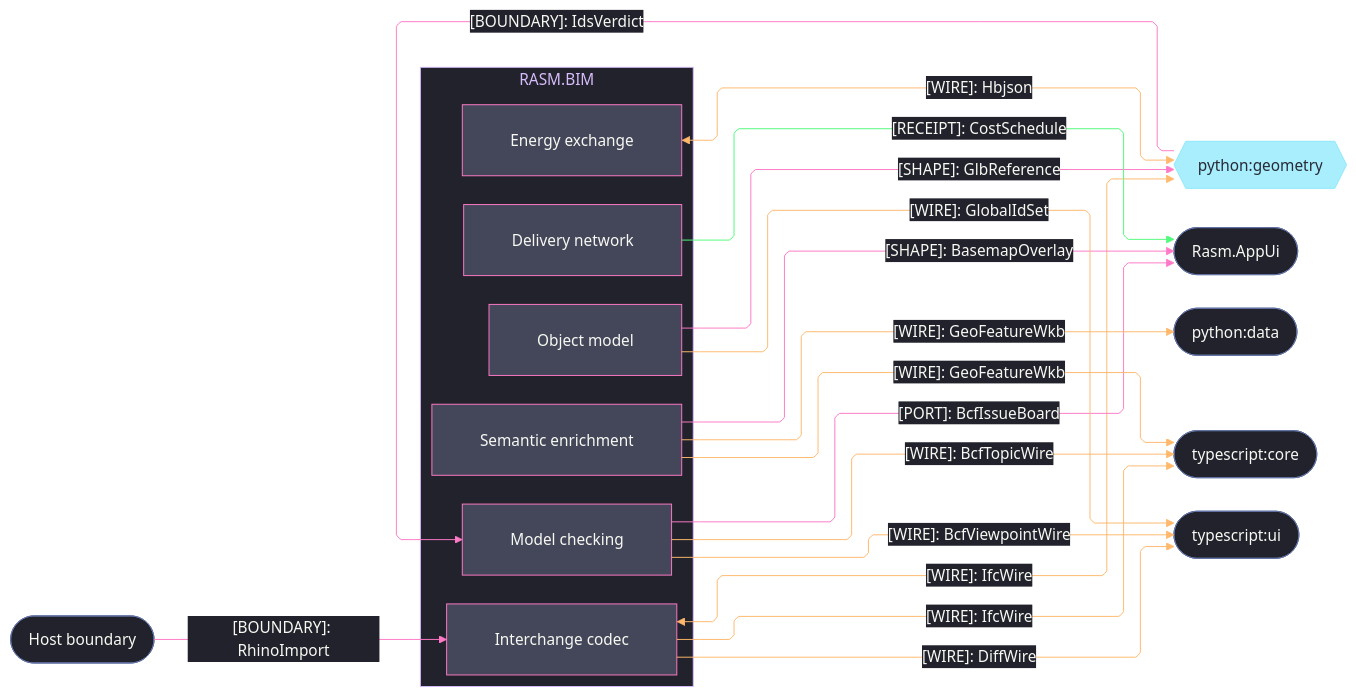
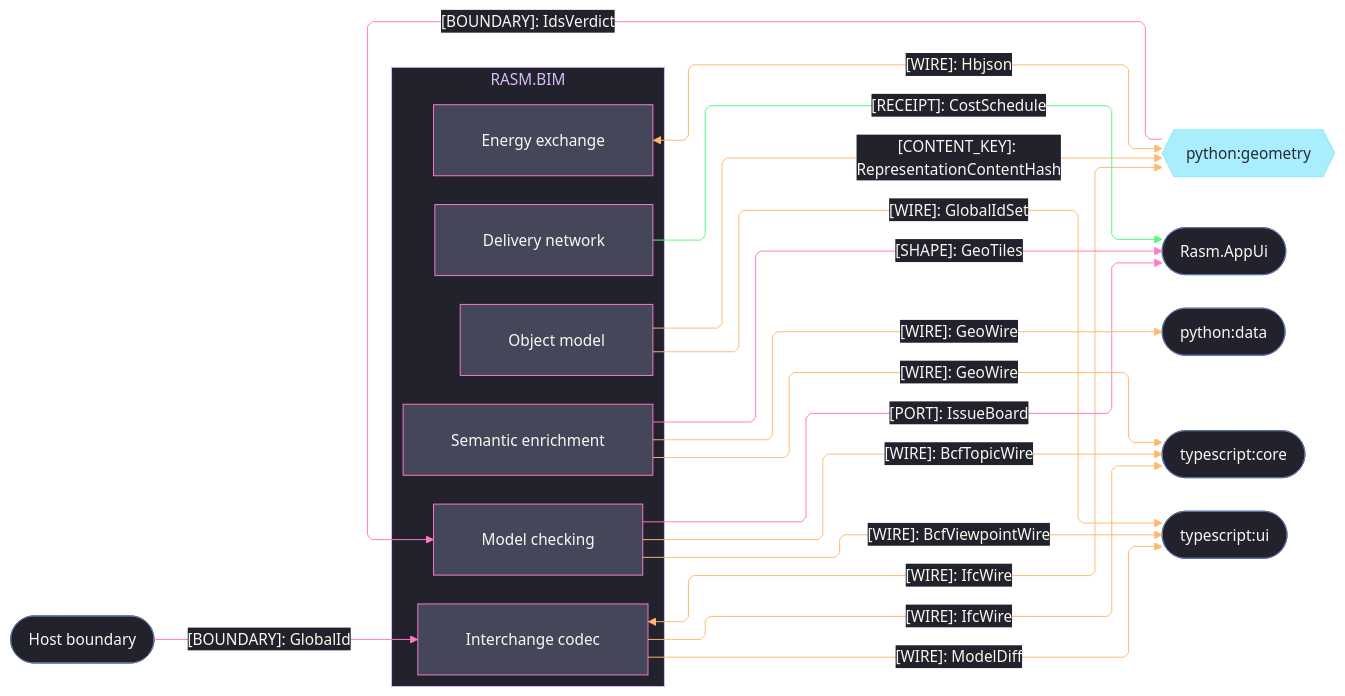
Before and after one commit to bsamiee/Rasm: the third of 3 diagrams in libs/csharp/Rasm.Bim/ARCHITECTURE.md, drawn with Mermaid. The commit also changed other lines of this file and 24 other files, not shown here.

Commit message:
architecture: seam registries + codemaps aligned across the estate (worker fabric edges, scene rows, csharp/ts seam mirrors)

````diff
--- a/libs/csharp/Rasm.Bim/ARCHITECTURE.md
+++ b/libs/csharp/Rasm.Bim/ARCHITECTURE.md
@@ -136,72 +217,72 @@
 ```mermaid
 ---
 config:
   theme: base
   look: classic
   layout: elk
   flowchart:
     curve: linear
     padding: 25
   themeVariables:
     darkMode: true
     fontFamily: "SF Mono, Menlo, Cascadia Mono, Segoe UI Mono, Consolas, monospace"
     useGradient: false
     dropShadow: "none"
     background: "#282A36"
     primaryColor: "#44475A"
     primaryTextColor: "#F8F8F2"
     primaryBorderColor: "#BD93F9"
     lineColor: "#FF79C6"
     textColor: "#F8F8F2"
     clusterBkg: "#21222C"
     clusterBorder: "#D6BCFA"
     edgeLabelBackground: "#21222C"
     labelBackgroundColor: "#21222C"
     titleColor: "#D6BCFA"
   themeCSS: ".nodeLabel{font-size:13px;font-weight:500}.edgeLabel{font-size:12px;font-weight:500}.cluster-label .nodeLabel{font-size:13.5px;font-weight:700;letter-spacing:.08em}.edge-thickness-normal{stroke-width:2px}.edge-thickness-thick{stroke-width:3px}.edge-pattern-dashed,.edge-pattern-dotted{stroke-width:1.5px;stroke-dasharray:4 6}.node rect,.node circle,.node polygon,.node path,.node .outer-path{stroke-width:1.5px;filter:none!important}.cluster rect{stroke-width:1px!important;stroke-dasharray:5 4!important;filter:none!important}.marker path{transform:scale(.8);transform-origin:5px 5px}.marker circle{transform:scale(.48);transform-origin:5px 5px}.edgeLabel rect{transform-box:fill-box;transform-origin:center;transform:scale(1.1,1.2)}"
 ---
 flowchart LR
     accTitle: Bim cross-runtime, presentation, and host seams
     accDescr: Bim sub-domain owners exchanging wires, receipts, and boundaries with the Python geometry and data runtimes, the TypeScript peers, the app shell, and the host boundary, edge rails colored by kind and nodes classed by seam direction.
     subgraph bim[RASM.BIM]
         Model[Object model]
         Semantics[Semantic enrichment]
         Exchange[Interchange codec]
         Review[Model checking]
         Energy[Energy exchange]
         Planning[Delivery network]
     end
     Geometry{{python:geometry}}
     AppUi([Rasm.AppUi])
     Host([Host boundary])
     Data([python:data])
     Core([typescript:core])
     Ui([typescript:ui])
     Exchange e1@<-->|"[WIRE]: IfcWire"| Geometry
-    Model e2@-->|"[SHAPE]: GlbReference"| Geometry
+    Model e2@-->|"[CONTENT_KEY]: RepresentationContentHash"| Geometry
     Geometry e3@-->|"[BOUNDARY]: IdsVerdict"| Review
     Energy e4@<-->|"[WIRE]: Hbjson"| Geometry
-    Semantics e5@-->|"[SHAPE]: BasemapOverlay"| AppUi
+    Semantics e5@-->|"[SHAPE]: GeoTiles"| AppUi
     Planning e6@-->|"[RECEIPT]: CostSchedule"| AppUi
-    Review e7@-->|"[PORT]: BcfIssueBoard"| AppUi
-    Host e8@-->|"[BOUNDARY]: RhinoImport"| Exchange
-    Semantics e9@-->|"[WIRE]: GeoFeatureWkb"| Data
+    Review e7@-->|"[PORT]: IssueBoard"| AppUi
+    Host e8@-->|"[BOUNDARY]: GlobalId"| Exchange
+    Semantics e9@-->|"[WIRE]: GeoWire"| Data
     Review e10@-->|"[WIRE]: BcfTopicWire"| Core
     Exchange e11@-->|"[WIRE]: IfcWire"| Core
-    Semantics e12@-->|"[WIRE]: GeoFeatureWkb"| Core
+    Semantics e12@-->|"[WIRE]: GeoWire"| Core
     Review e13@-->|"[WIRE]: BcfViewpointWire"| Ui
     Model e14@-->|"[WIRE]: GlobalIdSet"| Ui
-    Exchange e15@-->|"[WIRE]: DiffWire"| Ui
+    Exchange e15@-->|"[WIRE]: ModelDiff"| Ui
     classDef primary fill:#44475A,stroke:#FF79C6,color:#F8F8F2
     classDef external fill:#8BE9FDBF,stroke:#8BE9FD,color:#282A36
     classDef annotation fill:#21222C,stroke:#6272A4,color:#F8F8F2
     classDef edgeData stroke:#FFB86C,color:#F8F8F2
     classDef edgeSuccess stroke:#50FA7B,color:#F8F8F2
     classDef edgeControl stroke:#FF79C6,color:#F8F8F2
     class Model,Semantics,Exchange,Review,Energy,Planning primary
     class Geometry external
     class AppUi,Host,Data,Core,Ui annotation
-    class e1,e4,e9,e10,e11,e12,e13,e14,e15 edgeData
-    class e2,e3,e5,e7,e8 edgeControl
+    class e1,e2,e4,e9,e10,e11,e12,e13,e14,e15 edgeData
+    class e3,e5,e7,e8 edgeControl
     class e6 edgeSuccess
 ```
````
